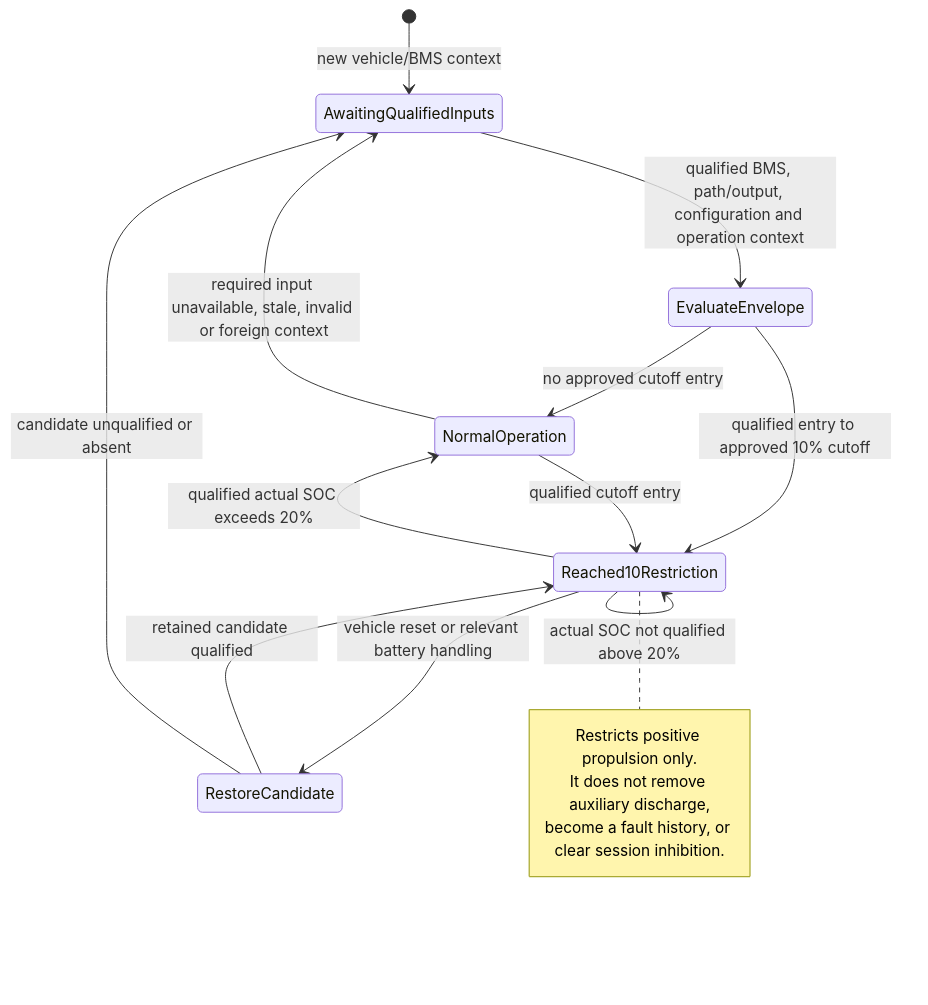
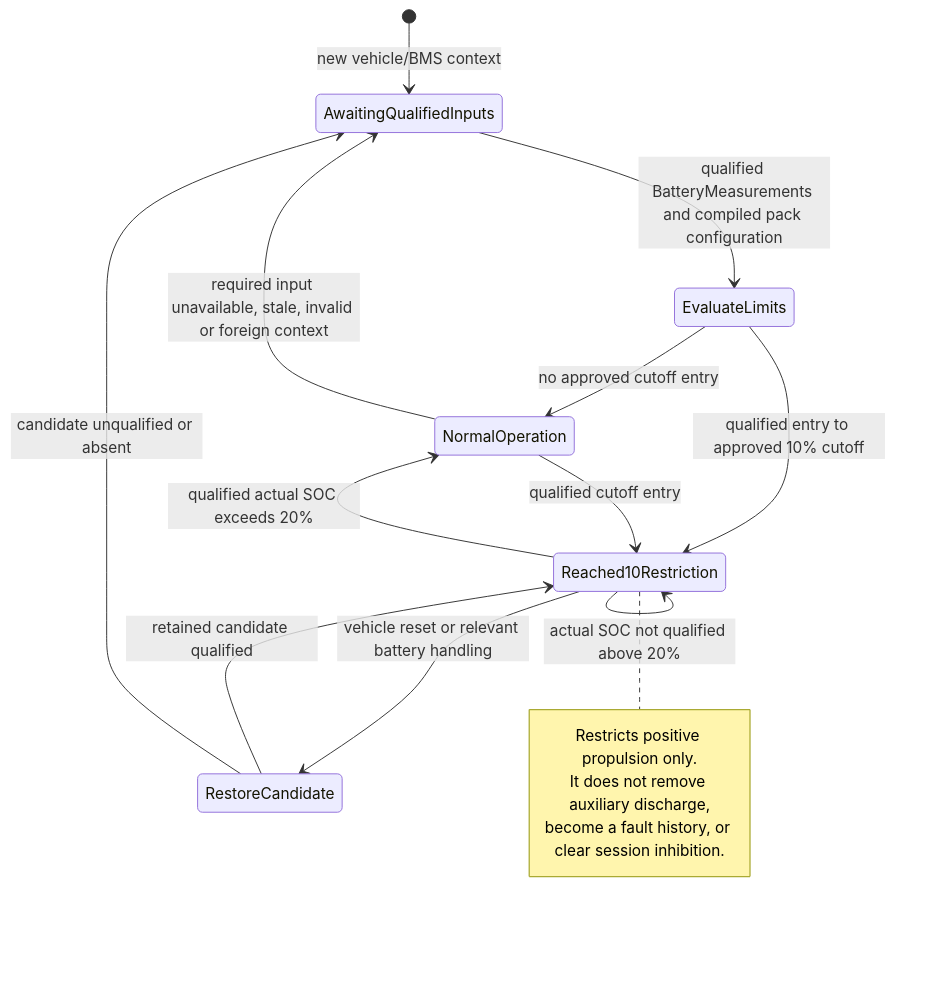
One commit to dhellhake/X2CityMCU changed the seventh of 7 diagrams in .devenv/Architecture/SoftwareArchitecture/DetailedDesign/DD-004_Dynamic_Software_Architecture_Views.md. Above: the diagram before and after it, drawn with Mermaid. The commit also changed other lines of this file and 74 other files, not shown here.

````diff
--- a/.devenv/Architecture/SoftwareArchitecture/DetailedDesign/DD-004_Dynamic_Software_Architecture_Views.md
+++ b/.devenv/Architecture/SoftwareArchitecture/DetailedDesign/DD-004_Dynamic_Software_Architecture_Views.md
@@ -239,19 +239,19 @@
 ```mermaid
 stateDiagram-v2
     [*] --> AwaitingQualifiedInputs: new vehicle/BMS context
-    AwaitingQualifiedInputs --> EvaluateEnvelope: qualified BMS, path/output, configuration and operation context
-    EvaluateEnvelope --> NormalOperation: no approved cutoff entry
-    EvaluateEnvelope --> Reached10Restriction: qualified entry to approved 10% cutoff
+    AwaitingQualifiedInputs --> EvaluateLimits: qualified BatteryMeasurements and compiled pack configuration
+    EvaluateLimits --> NormalOperation: no approved cutoff entry
+    EvaluateLimits --> Reached10Restriction: qualified entry to approved 10% cutoff
     NormalOperation --> AwaitingQualifiedInputs: required input unavailable, stale, invalid or foreign context
     NormalOperation --> Reached10Restriction: qualified cutoff entry
     Reached10Restriction --> Reached10Restriction: actual SOC not qualified above 20%
     Reached10Restriction --> NormalOperation: qualified actual SOC exceeds 20%
     Reached10Restriction --> RestoreCandidate: vehicle reset or relevant battery handling
     RestoreCandidate --> Reached10Restriction: retained candidate qualified
     RestoreCandidate --> AwaitingQualifiedInputs: candidate unqualified or absent
     note right of Reached10Restriction
       Restricts positive propulsion only.
       It does not remove auxiliary discharge,
       become a fault history, or clear session inhibition.
     end note
 ```
````
